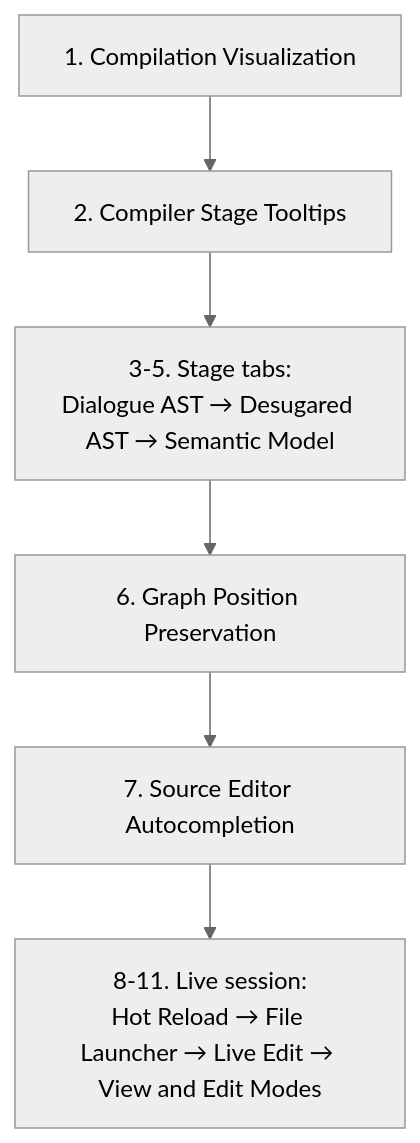
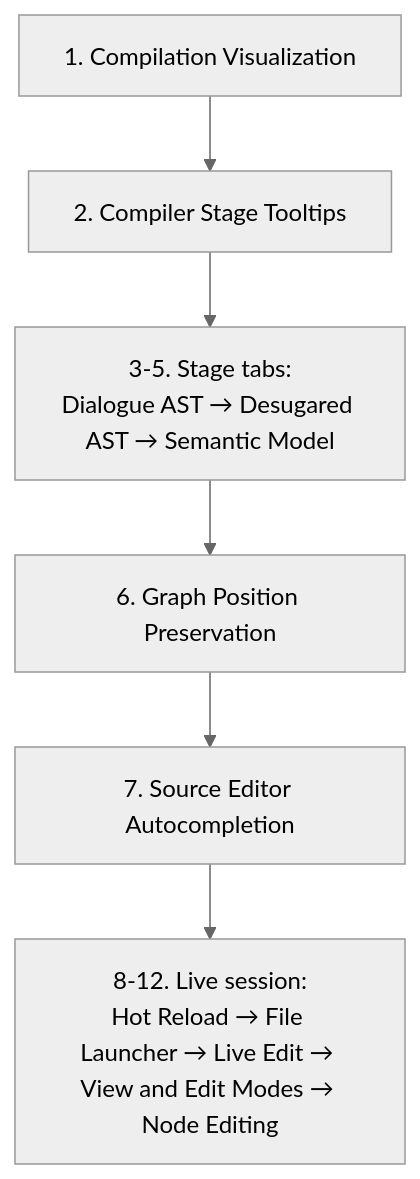
One commit to pengzhengyi/godot-dialoguedown changed the third of 4 diagrams in docs/contributing/design-notes/README.md. Above: the diagram before and after it, drawn with Mermaid (neutral theme). The commit also changed other lines of this file and 10 other files, not shown here.

First line of the commit message:
docs(node-editing): record node editing and refresh the toggle decision

````diff
--- a/docs/contributing/design-notes/README.md
+++ b/docs/contributing/design-notes/README.md
@@ -90,8 +90,8 @@
 ```mermaid
 flowchart TB
     CV["1. Compilation Visualization"] --> TT["2. Compiler Stage Tooltips"]
     TT --> TABS["3-5. Stage tabs:<br/>Dialogue AST → Desugared AST → Semantic Model"]
     TABS --> GX["6. Graph Position Preservation"]
     GX --> AC["7. Source Editor Autocompletion"]
-    AC --> LIVE["8-11. Live session:<br/>Hot Reload → File Launcher → Live Edit → View and Edit Modes"]
+    AC --> LIVE["8-12. Live session:<br/>Hot Reload → File Launcher → Live Edit → View and Edit Modes → Node Editing"]
 ```
````
